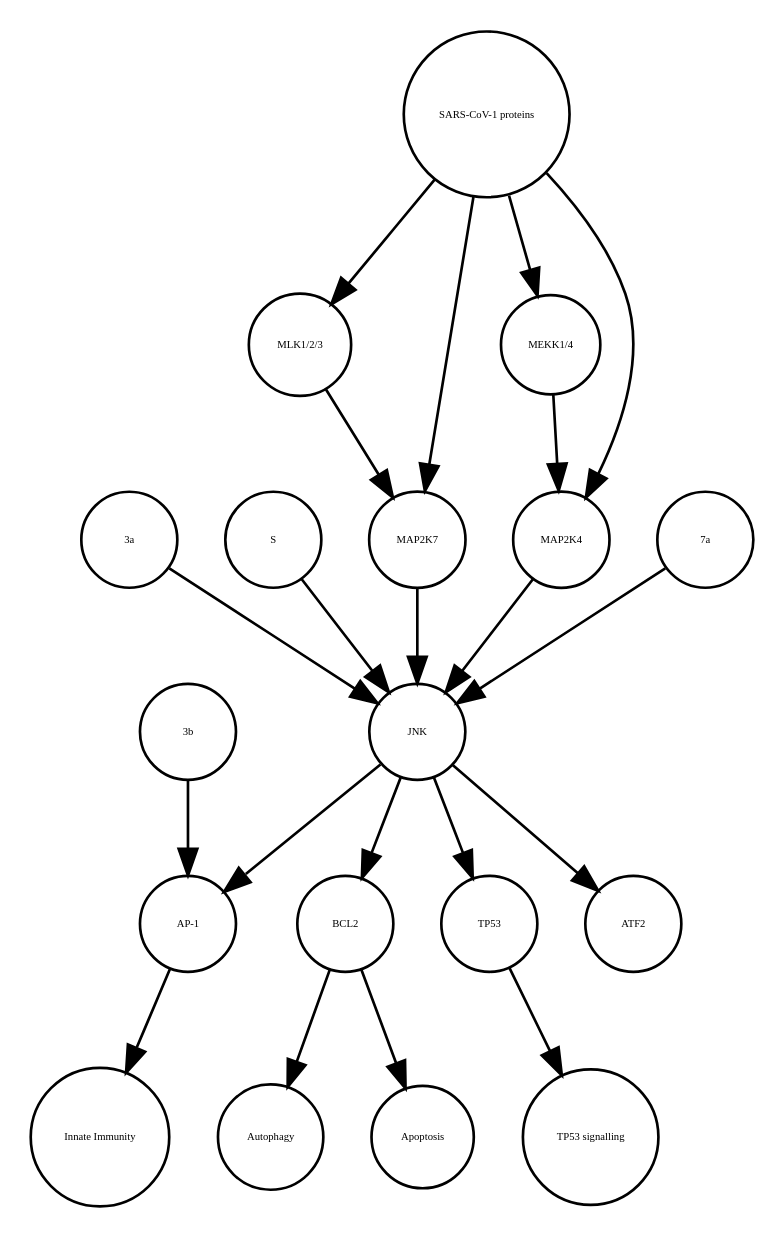
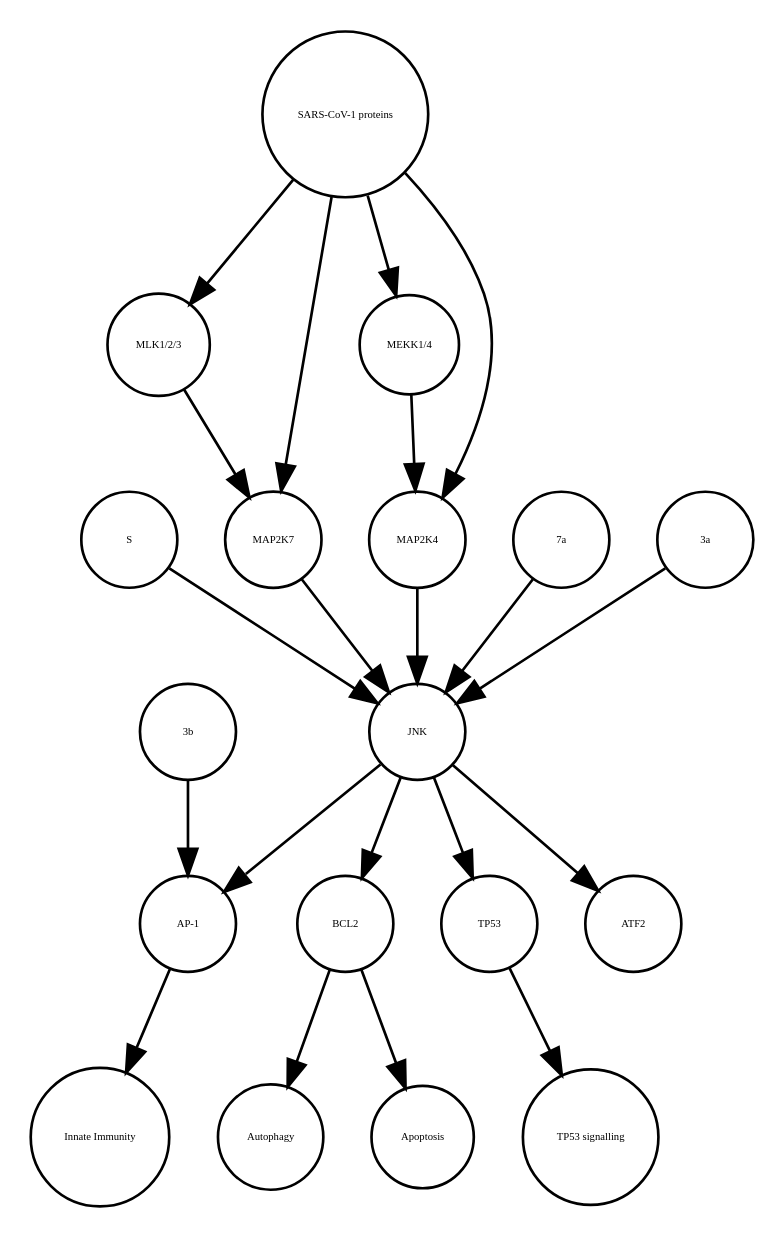
The diagram in JNK_pathway_stable.xml_projected.dot (cannin/covid19-sbgn), drawn with Graphviz before and after one commit. The commit also changed other lines of this file and 554 other files, not shown here.

```diff
--- a/JNK_pathway_stable.xml_projected.dot
+++ b/JNK_pathway_stable.xml_projected.dot
@@ -1,40 +1,40 @@
 strict digraph  {
 BCL2 [annotation=urn_miriam_ncbigene_596, bipartite=0, cls=macromolecule, fontsize=4, label=BCL2, shape=circle];
 Autophagy [annotation="urn_miriam_obo.go_GO%3A0006914", bipartite=0, cls=phenotype, fontsize=4, label=Autophagy, shape=circle];
 "AP-1" [annotation="", bipartite=0, cls=complex, fontsize=4, label="AP-1", shape=circle];
 "Innate Immunity" [annotation="urn_miriam_obo.go_GO%3A0045087", bipartite=0, cls=phenotype, fontsize=4, label="Innate Immunity", shape=circle];
 TP53 [annotation=urn_miriam_ncbigene_7157, bipartite=0, cls=macromolecule, fontsize=4, label=TP53, shape=circle];
 "TP53 signalling" [annotation="urn_miriam_obo.go_GO%3A0072331", bipartite=0, cls=phenotype, fontsize=4, label="TP53 signalling", shape=circle];
 Apoptosis [annotation="urn_miriam_obo.go_GO%3A0006915", bipartite=0, cls=phenotype, fontsize=4, label=Apoptosis, shape=circle];
+"MLK1/2/3" [annotation="", bipartite=0, cls=complex, fontsize=4, label="MLK1/2/3", shape=circle];
+"MEKK1/4" [annotation="", bipartite=0, cls=complex, fontsize=4, label="MEKK1/4", shape=circle];
+S [annotation="", bipartite=0, cls=macromolecule, fontsize=4, label=S, shape=circle];
+MAP2K4 [annotation=urn_miriam_ncbigene_6416, bipartite=0, cls=macromolecule, fontsize=4, label=MAP2K4, shape=circle];
+"7a" [annotation="", bipartite=0, cls=macromolecule, fontsize=4, label="7a", shape=circle];
+"3a" [annotation="", bipartite=0, cls=macromolecule, fontsize=4, label="3a", shape=circle];
 ATF2 [annotation=urn_miriam_ncbigene_1386, bipartite=0, cls=macromolecule, fontsize=4, label=ATF2, shape=circle];
-"3a" [annotation="", bipartite=0, cls=macromolecule, fontsize=4, label="3a", shape=circle];
-S [annotation="", bipartite=0, cls=macromolecule, fontsize=4, label=S, shape=circle];
+"3b" [annotation="", bipartite=0, cls=macromolecule, fontsize=4, label="3b", shape=circle];
+JNK [annotation="", bipartite=0, cls=complex, fontsize=4, label=JNK, shape=circle];
+MAP2K7 [annotation=urn_miriam_ncbigene_5609, bipartite=0, cls=macromolecule, fontsize=4, label=MAP2K7, shape=circle];
 "SARS-CoV-1 proteins" [annotation="", bipartite=0, cls=complex, fontsize=4, label="SARS-CoV-1 proteins", shape=circle];
-JNK [annotation="", bipartite=0, cls=complex, fontsize=4, label=JNK, shape=circle];
-"MLK1/2/3" [annotation="", bipartite=0, cls=complex, fontsize=4, label="MLK1/2/3", shape=circle];
-MAP2K7 [annotation=urn_miriam_ncbigene_5609, bipartite=0, cls=macromolecule, fontsize=4, label=MAP2K7, shape=circle];
-"MEKK1/4" [annotation="", bipartite=0, cls=complex, fontsize=4, label="MEKK1/4", shape=circle];
-"7a" [annotation="", bipartite=0, cls=macromolecule, fontsize=4, label="7a", shape=circle];
-MAP2K4 [annotation=urn_miriam_ncbigene_6416, bipartite=0, cls=macromolecule, fontsize=4, label=MAP2K4, shape=circle];
-"3b" [annotation="", bipartite=0, cls=macromolecule, fontsize=4, label="3b", shape=circle];
 BCL2 -> Autophagy  [annotation="", interaction_type="necessary stimulation"];
 BCL2 -> Apoptosis  [annotation="", interaction_type=inhibition];
 "AP-1" -> "Innate Immunity"  [annotation="", interaction_type="necessary stimulation"];
 TP53 -> "TP53 signalling"  [annotation="", interaction_type="necessary stimulation"];
+"MLK1/2/3" -> MAP2K7  [annotation="urn_miriam_pubmed_31226023|urn_miriam_taxonomy_694009|urn_miriam_taxonomy_392815", interaction_type=stimulation];
+"MEKK1/4" -> MAP2K4  [annotation="urn_miriam_pubmed_31226023|urn_miriam_taxonomy_694009|urn_miriam_taxonomy_392815", interaction_type=stimulation];
+S -> JNK  [annotation="urn_miriam_pubmed_17267381|urn_miriam_taxonomy_694009|urn_miriam_taxonomy_392815", interaction_type=stimulation];
+MAP2K4 -> JNK  [annotation="urn_miriam_pubmed_17141229|urn_miriam_taxonomy_694009|urn_miriam_taxonomy_392815", interaction_type=stimulation];
+"7a" -> JNK  [annotation="urn_miriam_pubmed_17141229|urn_miriam_taxonomy_694009|urn_miriam_taxonomy_392815", interaction_type=stimulation];
 "3a" -> JNK  [annotation="urn_miriam_pubmed_17141229|urn_miriam_taxonomy_694009|urn_miriam_taxonomy_392815", interaction_type=stimulation];
-S -> JNK  [annotation="urn_miriam_pubmed_17267381|urn_miriam_taxonomy_694009|urn_miriam_taxonomy_392815", interaction_type=stimulation];
-"SARS-CoV-1 proteins" -> "MLK1/2/3"  [annotation="urn_miriam_taxonomy_694009|urn_miriam_pubmed_31226023|urn_miriam_taxonomy_392815", interaction_type=stimulation];
-"SARS-CoV-1 proteins" -> "MEKK1/4"  [annotation="urn_miriam_pubmed_31226023|urn_miriam_taxonomy_694009|urn_miriam_taxonomy_392815", interaction_type=stimulation];
+"3b" -> "AP-1"  [annotation="urn_miriam_pubmed_21561061|urn_miriam_taxonomy_694009", interaction_type=stimulation];
+JNK -> ATF2  [annotation=urn_miriam_pubmed_7824938, interaction_type=stimulation];
+JNK -> "AP-1"  [annotation="urn_miriam_pubmed_21561061|urn_miriam_taxonomy_694009", interaction_type=stimulation];
+JNK -> TP53  [annotation=urn_miriam_pubmed_9724739, interaction_type=stimulation];
+JNK -> BCL2  [annotation=urn_miriam_pubmed_10567572, interaction_type=stimulation];
+MAP2K7 -> JNK  [annotation="urn_miriam_pubmed_17141229|urn_miriam_taxonomy_694009|urn_miriam_taxonomy_392815", interaction_type=stimulation];
 "SARS-CoV-1 proteins" -> MAP2K7  [annotation="urn_miriam_pubmed_31226023|urn_miriam_taxonomy_694009|urn_miriam_taxonomy_392815", interaction_type=stimulation];
 "SARS-CoV-1 proteins" -> MAP2K4  [annotation="urn_miriam_pubmed_31226023|urn_miriam_taxonomy_694009|urn_miriam_taxonomy_392815", interaction_type=stimulation];
-JNK -> TP53  [annotation=urn_miriam_pubmed_9724739, interaction_type=stimulation];
-JNK -> "AP-1"  [annotation="urn_miriam_pubmed_21561061|urn_miriam_taxonomy_694009", interaction_type=stimulation];
-JNK -> BCL2  [annotation=urn_miriam_pubmed_10567572, interaction_type=stimulation];
-JNK -> ATF2  [annotation=urn_miriam_pubmed_7824938, interaction_type=stimulation];
-"MLK1/2/3" -> MAP2K7  [annotation="urn_miriam_pubmed_31226023|urn_miriam_taxonomy_694009|urn_miriam_taxonomy_392815", interaction_type=stimulation];
-MAP2K7 -> JNK  [annotation="urn_miriam_pubmed_17141229|urn_miriam_taxonomy_694009|urn_miriam_taxonomy_392815", interaction_type=stimulation];
-"MEKK1/4" -> MAP2K4  [annotation="urn_miriam_pubmed_31226023|urn_miriam_taxonomy_694009|urn_miriam_taxonomy_392815", interaction_type=stimulation];
-"7a" -> JNK  [annotation="urn_miriam_pubmed_17141229|urn_miriam_taxonomy_694009|urn_miriam_taxonomy_392815", interaction_type=stimulation];
-MAP2K4 -> JNK  [annotation="urn_miriam_pubmed_17141229|urn_miriam_taxonomy_694009|urn_miriam_taxonomy_392815", interaction_type=stimulation];
-"3b" -> "AP-1"  [annotation="urn_miriam_pubmed_21561061|urn_miriam_taxonomy_694009", interaction_type=stimulation];
+"SARS-CoV-1 proteins" -> "MEKK1/4"  [annotation="urn_miriam_pubmed_31226023|urn_miriam_taxonomy_694009|urn_miriam_taxonomy_392815", interaction_type=stimulation];
+"SARS-CoV-1 proteins" -> "MLK1/2/3"  [annotation="urn_miriam_taxonomy_694009|urn_miriam_pubmed_31226023|urn_miriam_taxonomy_392815", interaction_type=stimulation];
 }
```
